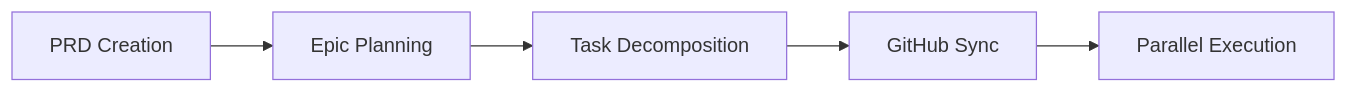
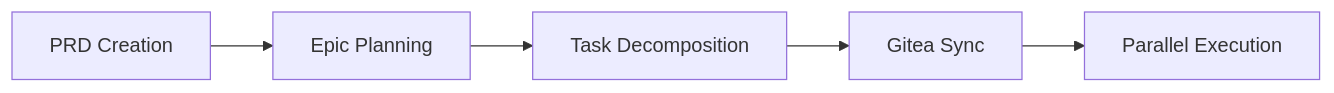
Before and after one commit to Ricemug/ccpm-gitea: the diagram in README.md, drawn with Mermaid. The commit also changed other lines of this file, not shown here.

First line of the commit message:
docs: Fix language consistency and GitHub references in README

````diff
--- a/README.md
+++ b/README.md
@@ -58,7 +58,7 @@
 ```mermaid
 graph LR
     A[PRD Creation] --> B[Epic Planning]
     B --> C[Task Decomposition]
-    C --> D[GitHub Sync]
+    C --> D[Gitea Sync]
     D --> E[Parallel Execution]
 ```
````
